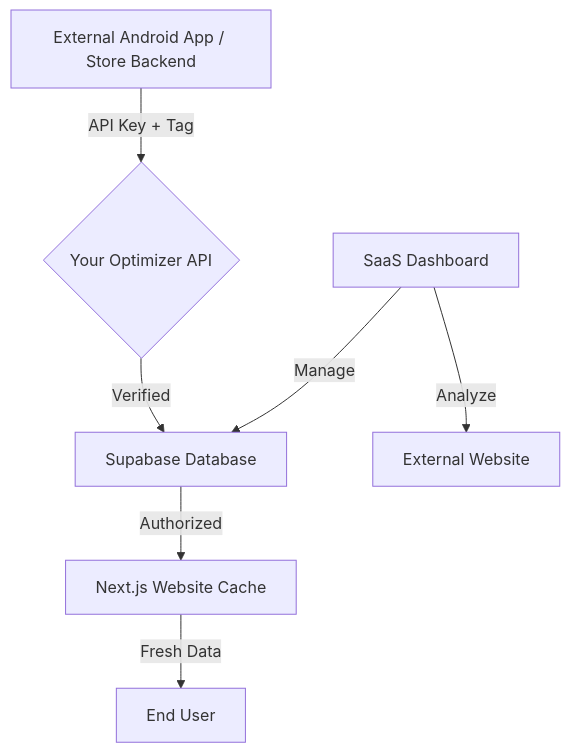
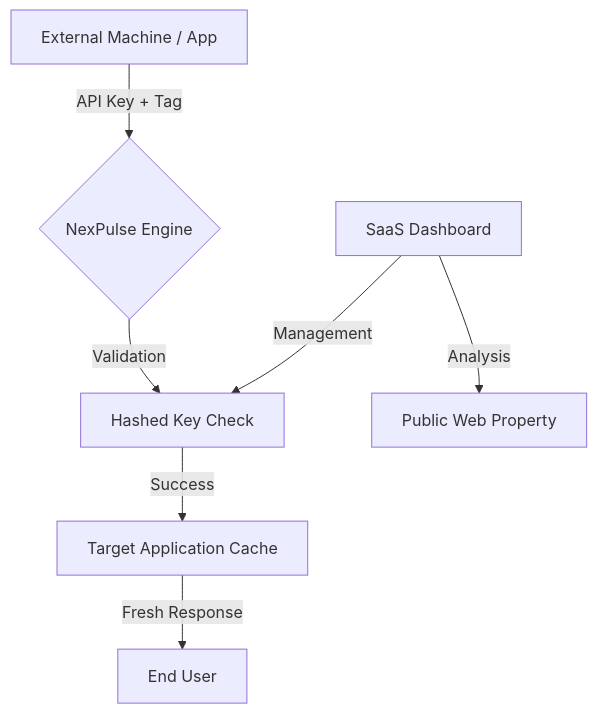
One commit to inkand-paper/Optimizer changed the diagram in MASTER_GUIDE.md. Above: the diagram before and after it, drawn with Mermaid. The commit also changed other lines of this file and 27 other files, not shown here.

````diff
--- a/MASTER_GUIDE.md
+++ b/MASTER_GUIDE.md
@@ -23,10 +16,10 @@
 ```mermaid
 graph TD
-    A[External Android App / Store Backend] -->|API Key + Tag| B{Your Optimizer API}
-    B -->|Verified| C[Supabase Database]
-    C -->|Authorized| D[Next.js Website Cache]
-    D -->|Fresh Data| E[End User]
+    A[External Machine / App] -->|API Key + Tag| B{NexPulse Engine}
+    B -->|Validation| C[Hashed Key Check]
+    C -->|Success| D[Target Application Cache]
+    D -->|Fresh Response| E[End User]
     
-    F[SaaS Dashboard] -->|Manage| C
-    F -->|Analyze| G[External Website]
+    F[SaaS Dashboard] -->|Management| C
+    F -->|Analysis| G[Public Web Property]
 ```
````
